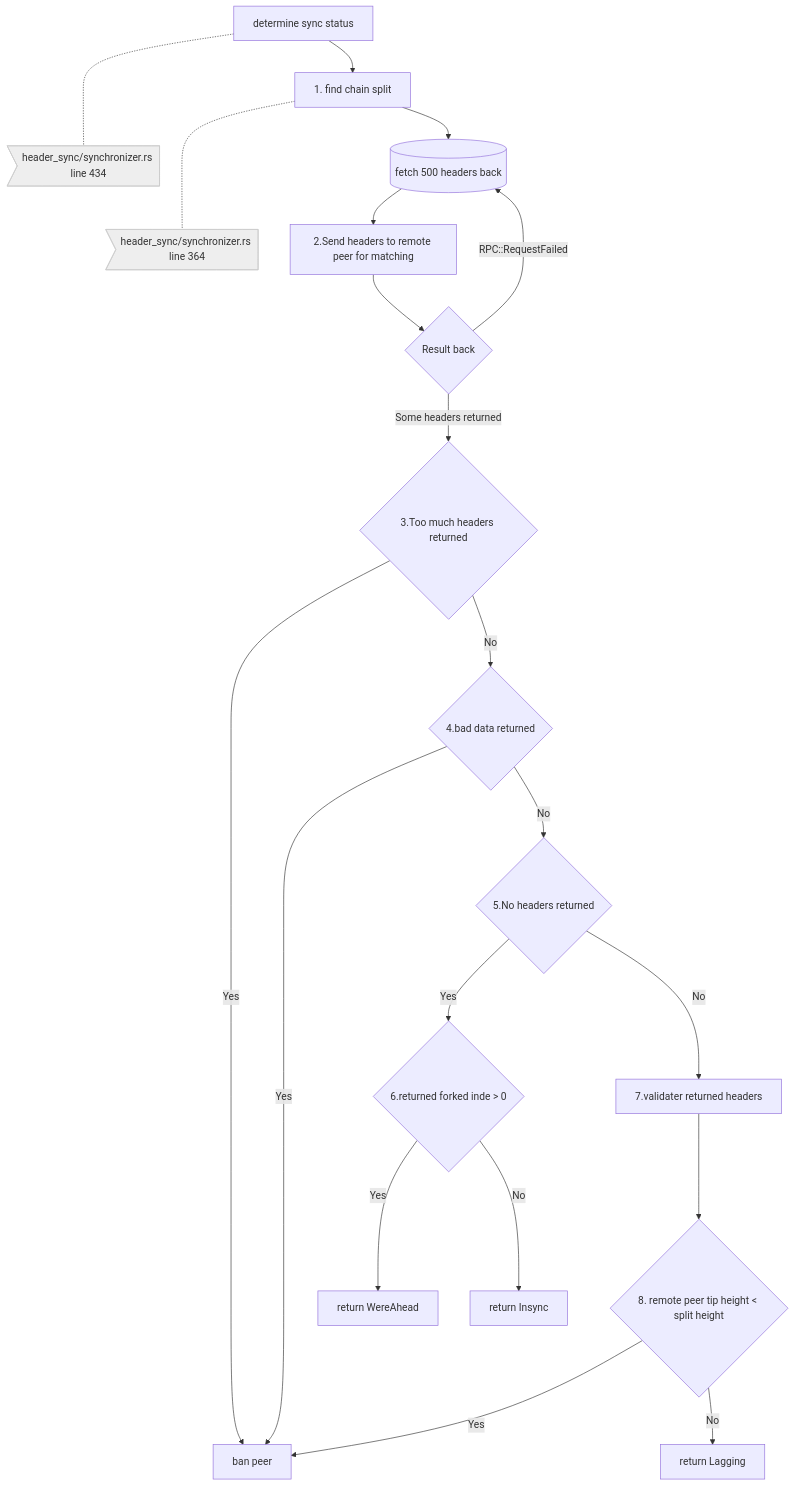
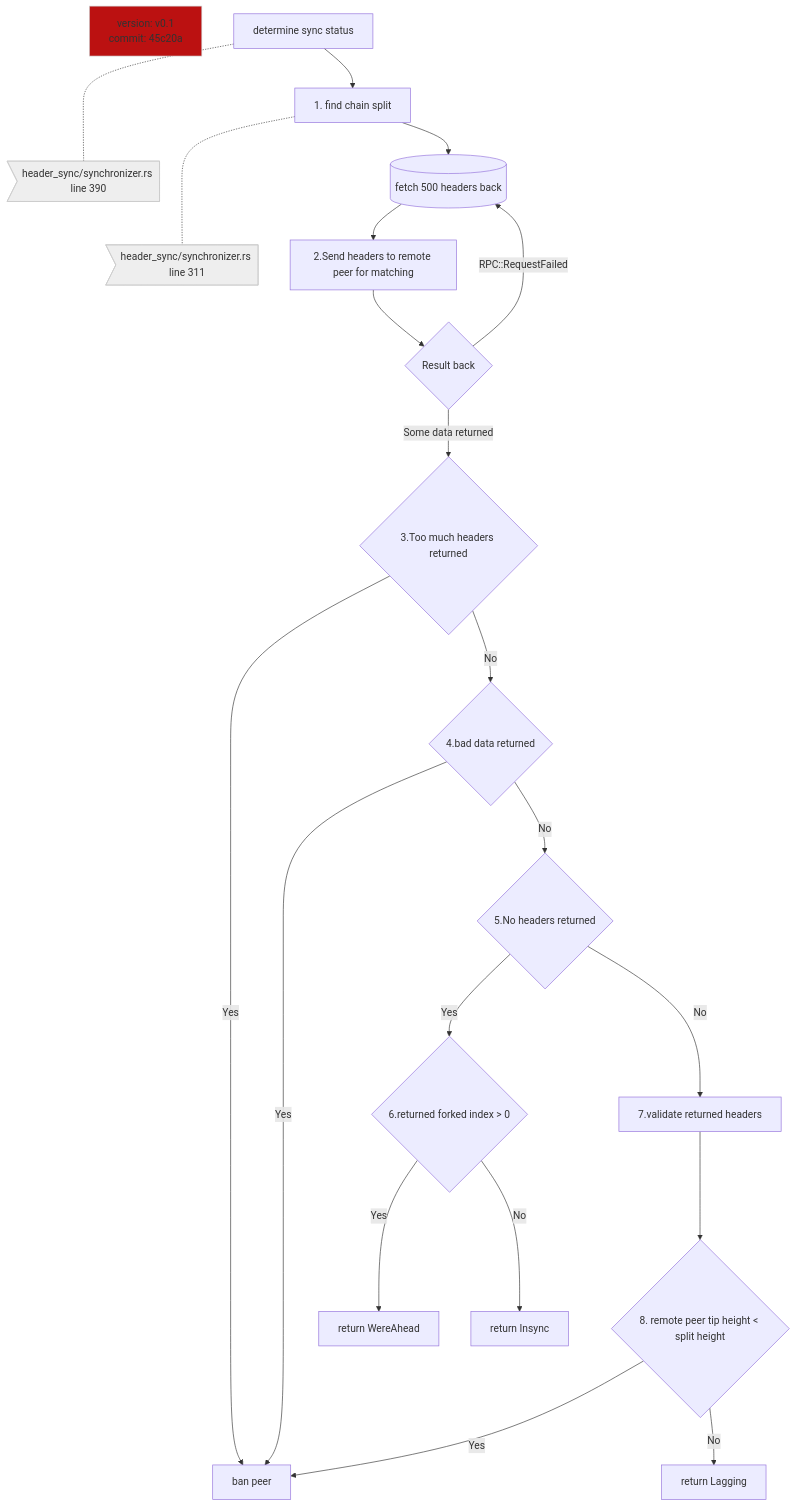
Before and after one commit to tari-project/tari: the second of 3 diagrams in docs/src/diagrams/header_sync.md, drawn with Mermaid. The commit also changed other lines of this file, not shown here.

Commit message:
fix header sync diagrams

````diff
--- a/docs/src/diagrams/header_sync.md
+++ b/docs/src/diagrams/header_sync.md
@@ -31,27 +34,30 @@
 ```mermaid
 flowchart TD
-    A -..- N1>header_sync/synchronizer.rs line 434]
+    META[version: v0.1</br>commit: 45c20a]
+    A -..- N1>header_sync/synchronizer.rs line 390]
     A[determine sync status] --> B[1. find chain split]
-    B -..- N2>header_sync/synchronizer.rs line 364]
+    B -..- N2>header_sync/synchronizer.rs line 311]
     B --> C[(fetch 500 headers back)]
     C --> D[2.Send headers to remote peer for matching]
     D --> E{Result back}
     E -->|RPC::RequestFailed|C  
-    E -->|Some headers returned|F{3.Too much headers returned}
+    E -->|Some data returned|F{3.Too much headers returned}
     F --> |Yes| G[ban peer]
     F --> |No|I{4.bad data returned}
     I --> |Yes| G
     I --> |No|J{5.No headers returned}
-    J --> |Yes|K{6.returned forked inde > 0}
+    J --> |Yes|K{6.returned forked index > 0}
     K --> |Yes|L[return WereAhead]
     K --> |No|M[return Insync]
-    J --> |No|N[7.validater returned headers]
+    J --> |No|N[7.validate returned headers]
     N --> O{8. remote peer tip height < split height}
     O --> |Yes| G
     O --> |No|P[return Lagging]
 
 
     N1:::note
     N2:::note
+    META:::meta
    classDef note fill:#eee,stroke:#ccc
+   classDef meta fill:#b11,stroke:#ccc
 ```
````
